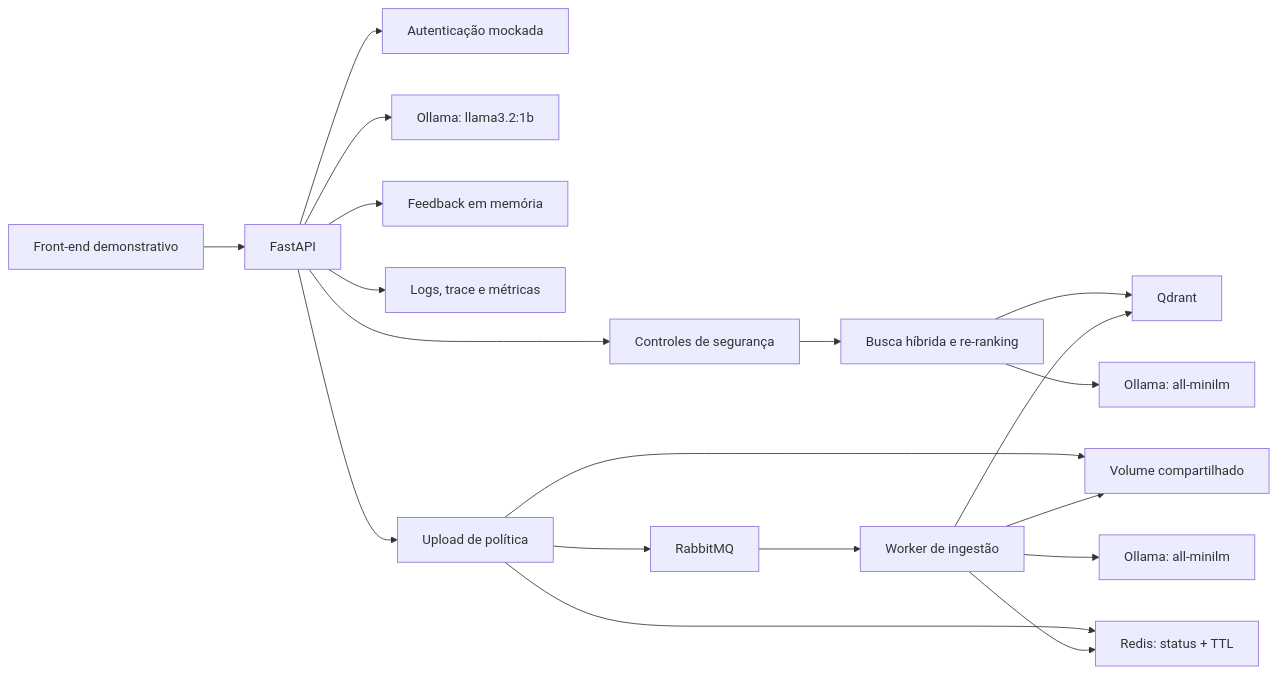
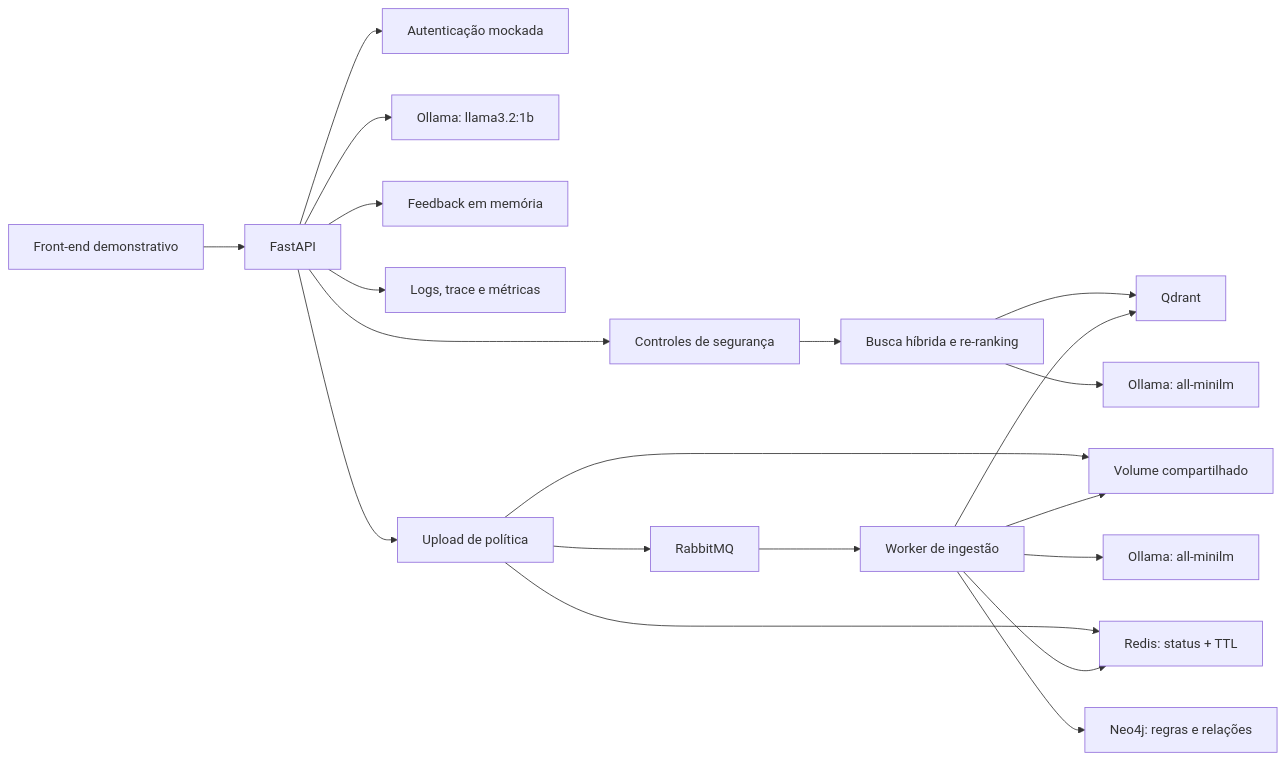
One commit to yhenriux/onfly-policy-copilot changed the first of 3 diagrams in docs/rag-arquitetura-explicacao-local-v1.md. Above: the diagram before and after it, drawn with Mermaid. The commit also changed other lines of this file and 16 other files, not shown here.

Commit message:
feat: add optional policy knowledge graph

````diff
--- a/docs/rag-arquitetura-explicacao-local-v1.md
+++ b/docs/rag-arquitetura-explicacao-local-v1.md
@@ -7,21 +7,22 @@
 ```mermaid
 flowchart LR
     Browser["Front-end demonstrativo"] --> API["FastAPI"]
     API --> Auth["Autenticação mockada"]
     API --> Guard["Controles de segurança"]
     Guard --> Retrieval["Busca híbrida e re-ranking"]
     Retrieval --> Qdrant["Qdrant"]
     Retrieval --> OllamaQuery["Ollama: all-minilm"]
     API --> OllamaAnswer["Ollama: llama3.2:1b"]
     API --> Feedback["Feedback em memória"]
     API --> Obs["Logs, trace e métricas"]
     API --> Upload["Upload de política"]
     Upload --> Shared["Volume compartilhado"]
     Upload --> Jobs["RabbitMQ"]
     Upload --> JobStatus["Redis: status + TTL"]
     Jobs --> Worker["Worker de ingestão"]
     Worker --> Shared
     Worker --> OllamaEmbed["Ollama: all-minilm"]
     Worker --> Qdrant
     Worker --> JobStatus
+    Worker --> Graph["Neo4j: regras e relações"]
 ```
````
